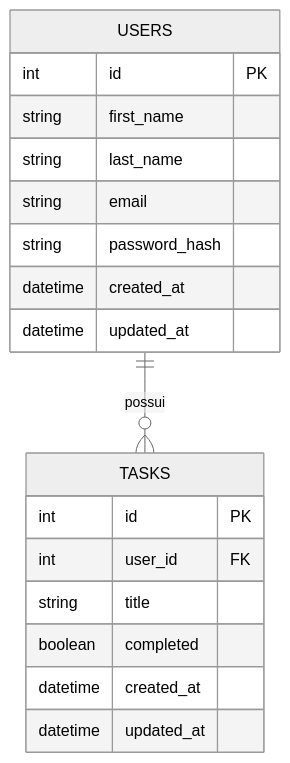
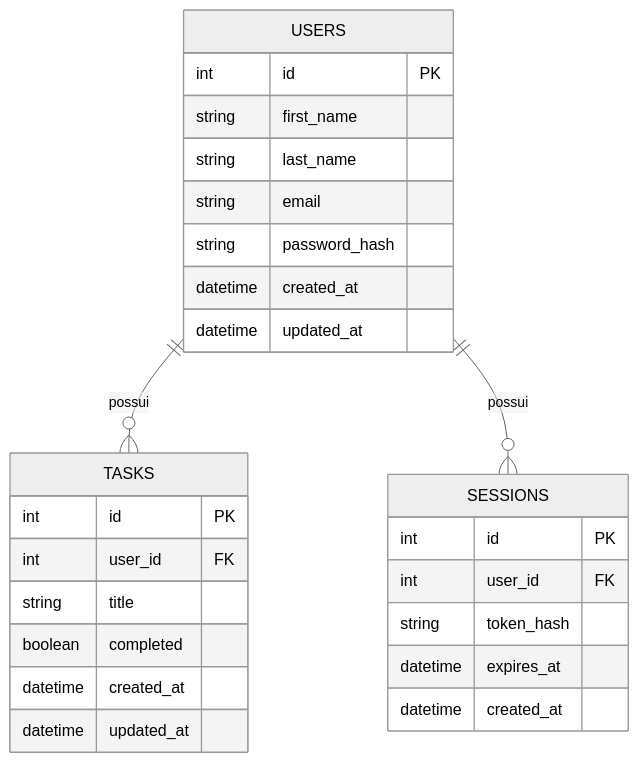
One commit to juniormps/clarity changed the second of 4 diagrams in README.md. Above: the diagram before and after it, drawn with Mermaid (neutral theme). The commit also changed other lines of this file, not shown here.

````diff
--- a/README.md
+++ b/README.md
@@ -412,21 +339,29 @@
 ```mermaid
 erDiagram
     USERS ||--o{ TASKS : possui
+    USERS ||--o{ SESSIONS : possui
     USERS {
         int id PK
         string first_name
         string last_name
         string email
         string password_hash
         datetime created_at
         datetime updated_at
     }
     TASKS {
         int id PK
         int user_id FK
         string title
         boolean completed
         datetime created_at
         datetime updated_at
     }
+    SESSIONS {
+        int id PK
+        int user_id FK
+        string token_hash
+        datetime expires_at
+        datetime created_at
+    }
 ```
````
